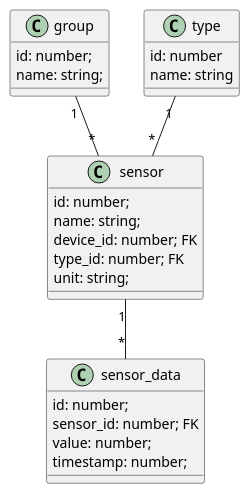
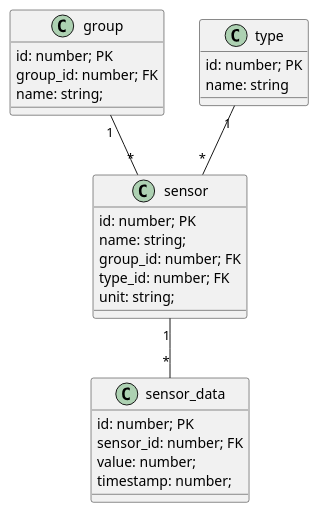
One commit to LuminAIOrg/LuminAI changed the diagram in docs/DataModel.puml. Above: the diagram before and after it, drawn with PlantUML.

Commit message:
fix: dataModel in puml

```diff
--- a/docs/DataModel.puml
+++ b/docs/DataModel.puml
@@ -1,33 +1,34 @@
 @startuml
 'to group stuff
 class group{
- id: number;
+ id: number; PK
+ group_id: number; FK
  name: string;
 }
 
 class sensor{
- id: number;
+ id: number; PK
  name: string;
- device_id: number; FK
+ group_id: number; FK
  type_id: number; FK
  unit: string;
 }
 
 class sensor_data{
- id: number;
+ id: number; PK
  sensor_id: number; FK
  value: number;
  timestamp: number;
 }
 
 'producer or consumer...
 class type{
- id: number
+ id: number; PK
  name: string
 }
 
 
 group "1" -- "*" sensor
 sensor "1" -- "*" sensor_data
 type "1" -- "*" sensor
 @enduml
```
